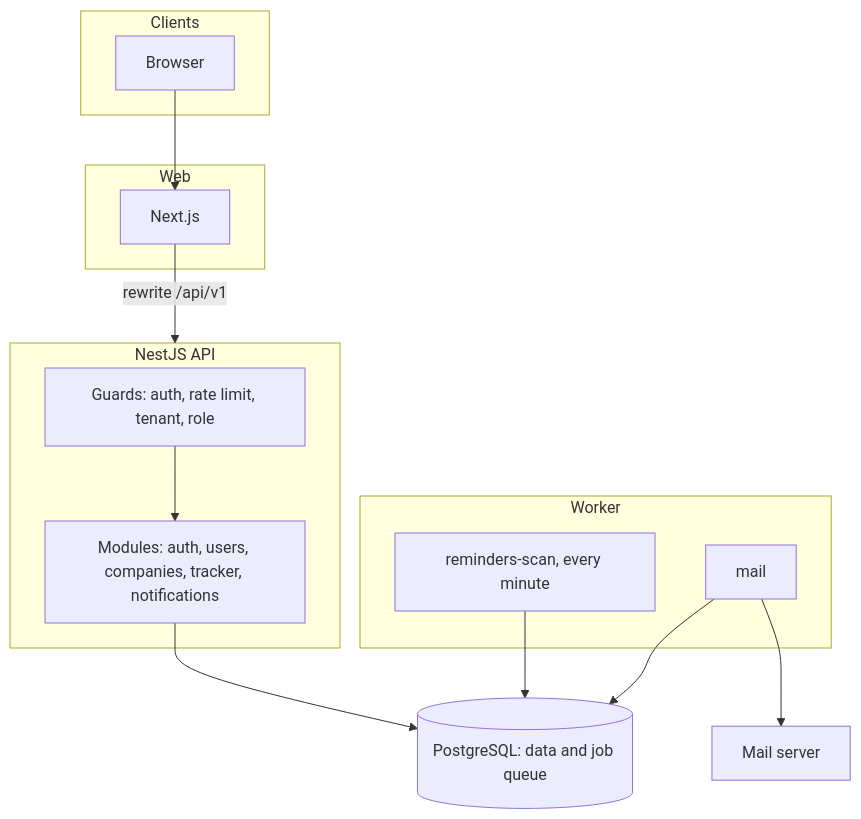
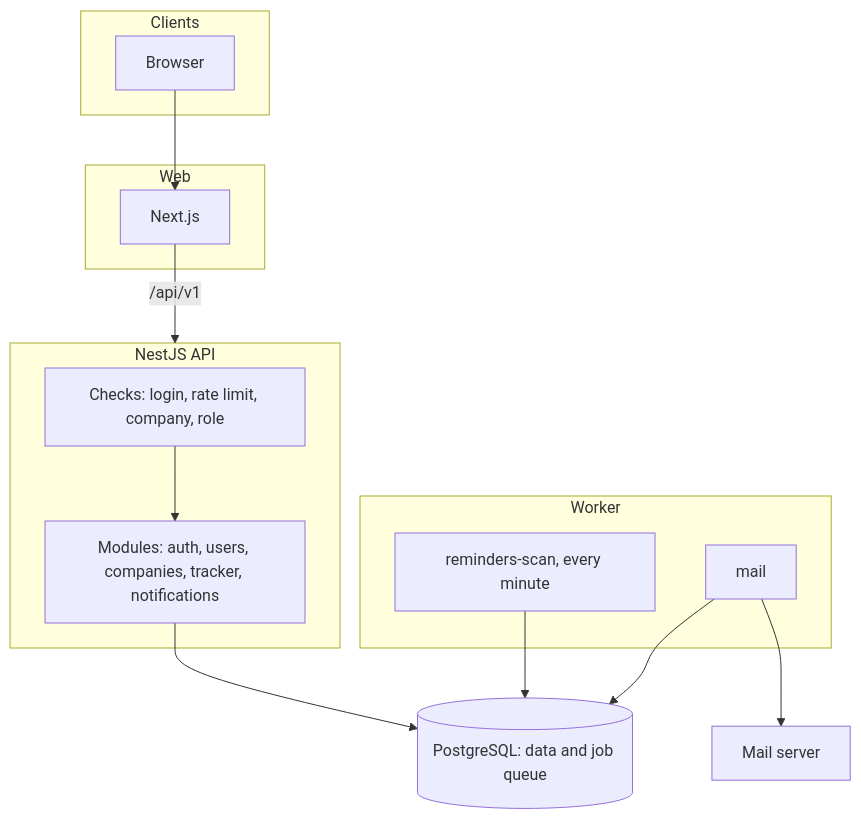
The diagram in docs/architecture.md (ManasSaxena14/HireFlow), drawn with Mermaid before and after one commit. The commit also changed other lines of this file and 9 other files, not shown here.

````diff
--- a/docs/architecture.md
+++ b/docs/architecture.md
@@ -5,27 +5,27 @@
 ```mermaid
 flowchart TB
   subgraph Clients
     B[Browser]
   end
   subgraph Web
     N[Next.js]
   end
   subgraph API[NestJS API]
-    G[Guards: auth, rate limit, tenant, role]
+    G[Checks: login, rate limit, company, role]
     M[Modules: auth, users, companies, tracker, notifications]
     G --> M
   end
   subgraph Worker
     S[reminders-scan, every minute]
     E[mail]
   end
   DB[(PostgreSQL: data and job queue)]
   SMTP[Mail server]
 
   B --> N
-  N -- rewrite /api/v1 --> API
+  N -- /api/v1 --> API
   M --> DB
   S --> DB
   E --> DB
   E --> SMTP
 ```
````
